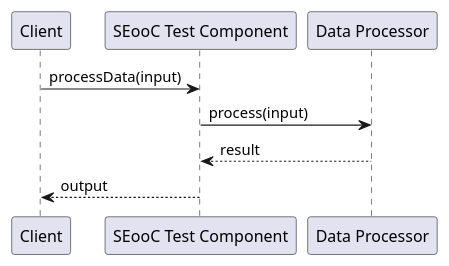
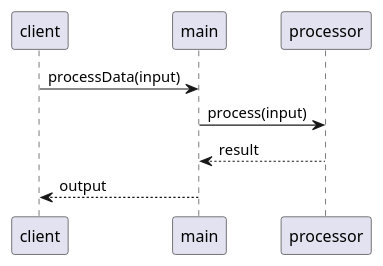
One commit to eclipse-score/tooling changed the first of 2 diagrams in bazel/rules/rules_score/test/fixtures/seooc_test/dynamic_architecture.rst. Above: the diagram before and after it, drawn with PlantUML. The commit also changed other lines of this file and 375 other files, not shown here.

First line of the commit message:
[plantuml tooling] use name instead of alias for uid generation

```diff
--- a/bazel/rules/rules_score/test/fixtures/seooc_test/dynamic_architecture.rst
+++ b/bazel/rules/rules_score/test/fixtures/seooc_test/dynamic_architecture.rst
@@ -29,12 +29,12 @@
    .. uml::
 
       @startuml
-      participant "Client" as client
-      participant "SEooC Test Component" as main
-      participant "Data Processor" as processor
+      participant client
+      participant main
+      participant processor
 
       client -> main : processData(input)
       main -> processor : process(input)
       processor --> main : result
       main --> client : output
       @enduml
```
